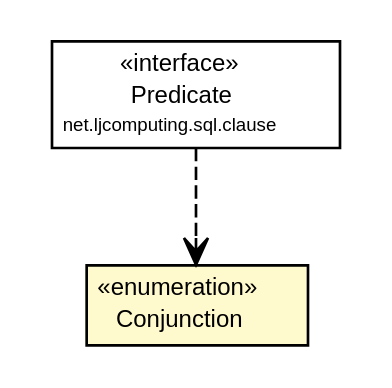
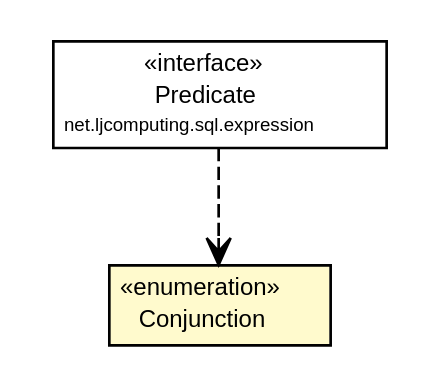
The diagram in docs/javadoc/apidocs/net/ljcomputing/sql/literal/Conjunction.dot (willmorejg/net.ljcomputing.sql), drawn with Graphviz before and after one commit. The commit also changed 236 other files, not shown here.

```diff
--- a/docs/javadoc/apidocs/net/ljcomputing/sql/literal/Conjunction.dot
+++ b/docs/javadoc/apidocs/net/ljcomputing/sql/literal/Conjunction.dot
@@ -1,29 +1,29 @@
 #!/usr/local/bin/dot
 #
 # Class diagram 
 # Generated by UMLGraph version R5_6 (http://www.umlgraph.org/)
 #
 
 digraph G {
 	edge [fontname="Helvetica",fontsize=10,labelfontname="Helvetica",labelfontsize=10];
 	node [fontname="Helvetica",fontsize=10,shape=plaintext];
 	nodesep=0.25;
 	ranksep=0.5;
-	// net.ljcomputing.sql.clause.Predicate
-	c503 [label=<<table title="net.ljcomputing.sql.clause.Predicate" border="0" cellborder="1" cellspacing="0" cellpadding="2" port="p" href="../clause/Predicate.html">
+	// net.ljcomputing.sql.expression.Predicate
+	c730 [label=<<table title="net.ljcomputing.sql.expression.Predicate" border="0" cellborder="1" cellspacing="0" cellpadding="2" port="p" href="../expression/Predicate.html">
 		<tr><td><table border="0" cellspacing="0" cellpadding="1">
 <tr><td align="center" balign="center"> &#171;interface&#187; </td></tr>
 <tr><td align="center" balign="center"> Predicate </td></tr>
-<tr><td align="center" balign="center"><font point-size="7.0"> net.ljcomputing.sql.clause </font></td></tr>
+<tr><td align="center" balign="center"><font point-size="7.0"> net.ljcomputing.sql.expression </font></td></tr>
 		</table></td></tr>
-		</table>>, URL="../clause/Predicate.html", fontname="Helvetica", fontcolor="black", fontsize=9.0];
+		</table>>, URL="../expression/Predicate.html", fontname="Helvetica", fontcolor="black", fontsize=9.0];
 	// net.ljcomputing.sql.literal.Conjunction
-	c525 [label=<<table title="net.ljcomputing.sql.literal.Conjunction" border="0" cellborder="1" cellspacing="0" cellpadding="2" port="p" bgcolor="lemonChiffon" href="./Conjunction.html">
+	c741 [label=<<table title="net.ljcomputing.sql.literal.Conjunction" border="0" cellborder="1" cellspacing="0" cellpadding="2" port="p" bgcolor="lemonChiffon" href="./Conjunction.html">
 		<tr><td><table border="0" cellspacing="0" cellpadding="1">
 <tr><td align="center" balign="center"> &#171;enumeration&#187; </td></tr>
 <tr><td align="center" balign="center"> Conjunction </td></tr>
 		</table></td></tr>
 		</table>>, URL="./Conjunction.html", fontname="Helvetica", fontcolor="black", fontsize=9.0];
-	// net.ljcomputing.sql.clause.Predicate DEPEND net.ljcomputing.sql.literal.Conjunction
-	c503:p -> c525:p [taillabel="", label="", headlabel="", fontname="Helvetica", fontcolor="black", fontsize=10.0, color="black", arrowhead=open, style=dashed];
+	// net.ljcomputing.sql.expression.Predicate DEPEND net.ljcomputing.sql.literal.Conjunction
+	c730:p -> c741:p [taillabel="", label="", headlabel="", fontname="Helvetica", fontcolor="black", fontsize=10.0, color="black", arrowhead=open, style=dashed];
 }
```
